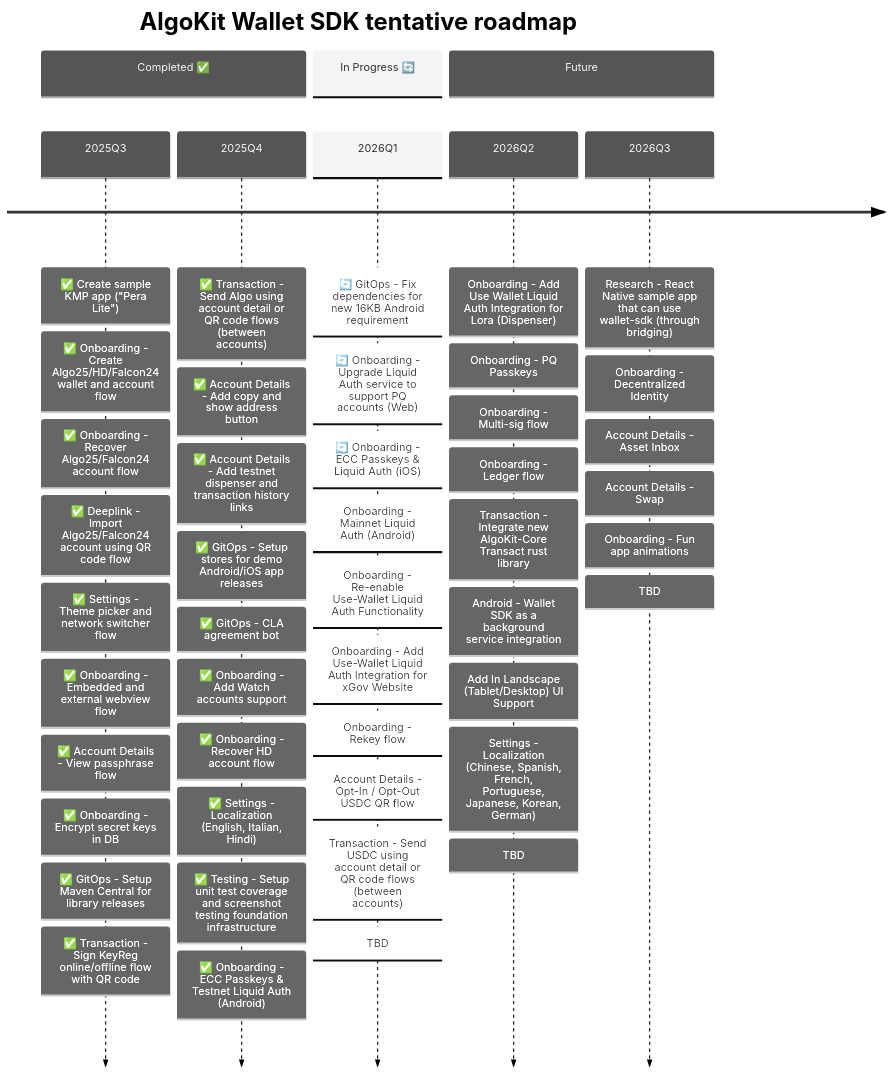
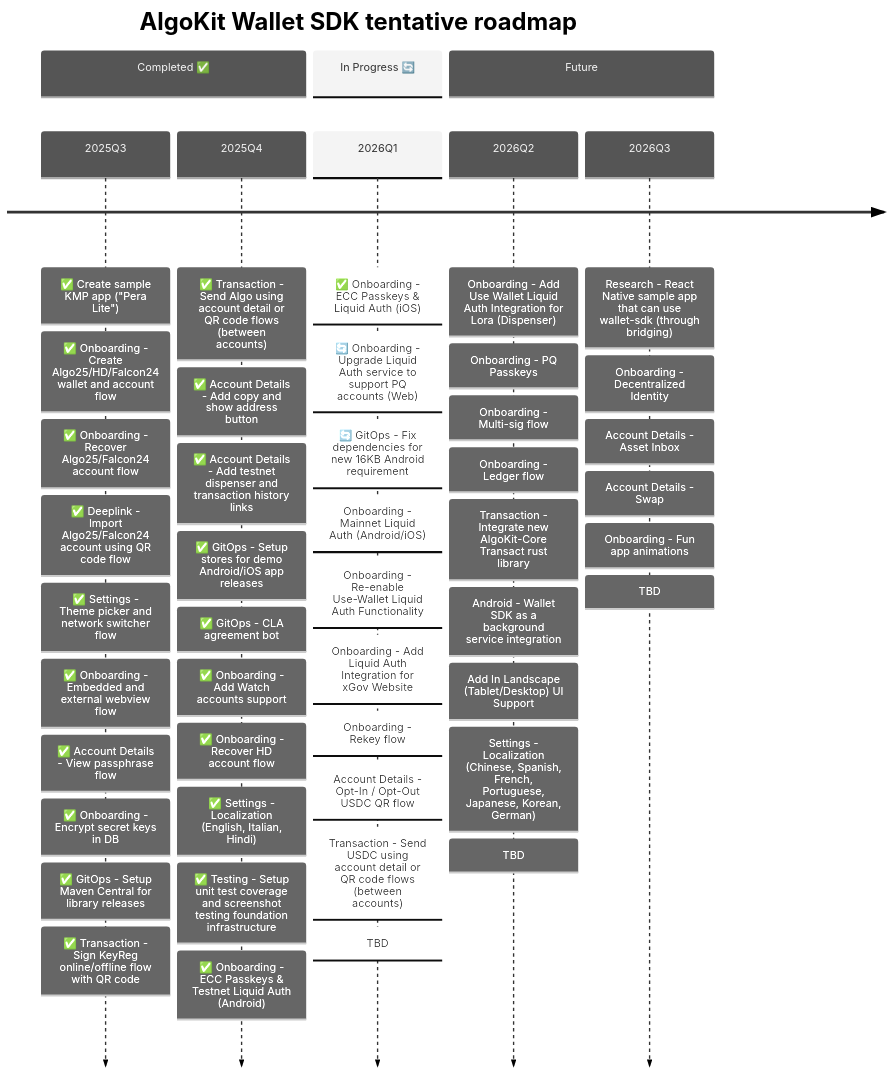
The second of 3 diagrams in README.md (michaeltchuangllc/algokit-walletsdk-kmp), drawn with Mermaid before and after one commit. The commit also changed 60 other files, not shown here.

Commit message:
fix: algo25 liquid auth and txn signing

````diff
--- a/README.md
+++ b/README.md
@@ -67,62 +67,62 @@
 ```mermaid
 ---
 config:
   theme: 'neutral'
 ---
 timeline
     title AlgoKit Wallet SDK tentative roadmap
 
     section Completed ✅
     2025Q3  : ✅ Create sample KMP app ("Pera Lite")
             : ✅ Onboarding - Create Algo25/HD/Falcon24 wallet and account flow
             : ✅ Onboarding - Recover Algo25/Falcon24 account flow
             : ✅ Deeplink - Import Algo25/Falcon24 account using QR code flow
             : ✅ Settings - Theme picker and network switcher flow
             : ✅ Onboarding - Embedded and external webview flow
             : ✅ Account Details - View passphrase flow
             : ✅ Onboarding - Encrypt secret keys in DB
             : ✅ GitOps - Setup Maven Central for library releases
             : ✅ Transaction - Sign KeyReg online/offline flow with QR code
 
     2025Q4  : ✅ Transaction - Send Algo using account detail or QR code flows (between accounts)
             : ✅ Account Details - Add copy and show address button
             : ✅ Account Details - Add testnet dispenser and transaction history links
             : ✅ GitOps - Setup stores for demo Android/iOS app releases
             : ✅ GitOps - CLA agreement bot
             : ✅ Onboarding - Add Watch accounts support
             : ✅ Onboarding - Recover HD account flow
             : ✅ Settings - Localization (English, Italian, Hindi)
             : ✅ Testing - Setup unit test coverage and screenshot testing foundation infrastructure
             : ✅ Onboarding - ECC Passkeys & Testnet Liquid Auth (Android)
 
     section In Progress 🔄
-    2026Q1  : 🔄 GitOps - Fix dependencies for new 16KB Android requirement
+    2026Q1  : ✅ Onboarding - ECC Passkeys & Liquid Auth (iOS)
             : 🔄 Onboarding - Upgrade Liquid Auth service to support PQ accounts (Web)
-            : 🔄 Onboarding - ECC Passkeys & Liquid Auth (iOS)
-            : Onboarding - Mainnet Liquid Auth (Android)
+            : 🔄 GitOps - Fix dependencies for new 16KB Android requirement
+            : Onboarding - Mainnet Liquid Auth (Android/iOS)
             : Onboarding - Re-enable Use-Wallet Liquid Auth Functionality
-            : Onboarding - Add Use-Wallet Liquid Auth Integration for xGov Website
+            : Onboarding - Add Liquid Auth Integration for xGov Website
             : Onboarding - Rekey flow
             : Account Details - Opt-In / Opt-Out USDC QR flow
             : Transaction - Send USDC using account detail or QR code flows (between accounts)
             : TBD
 
     section Future
     2026Q2   
             : Onboarding - Add Use Wallet Liquid Auth Integration for Lora (Dispenser)
             : Onboarding - PQ Passkeys
             : Onboarding - Multi-sig flow
             : Onboarding - Ledger flow
             : Transaction - Integrate new AlgoKit-Core Transact rust library
             : Android - Wallet SDK as a background service integration
             : Add In Landscape (Tablet/Desktop) UI Support
             : Settings - Localization (Chinese, Spanish, French, Portuguese, Japanese, Korean, German)
             : TBD
     2026Q3
             : Research - React Native sample app that can use wallet-sdk (through bridging)
             : Onboarding - Decentralized Identity
             : Account Details - Asset Inbox
             : Account Details - Swap
             : Onboarding - Fun app animations
             : TBD
 ```
````
